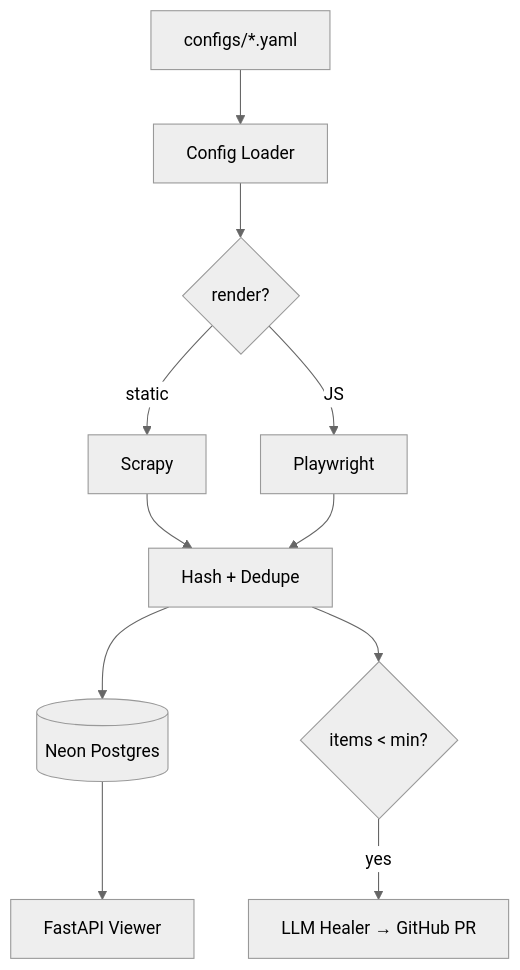
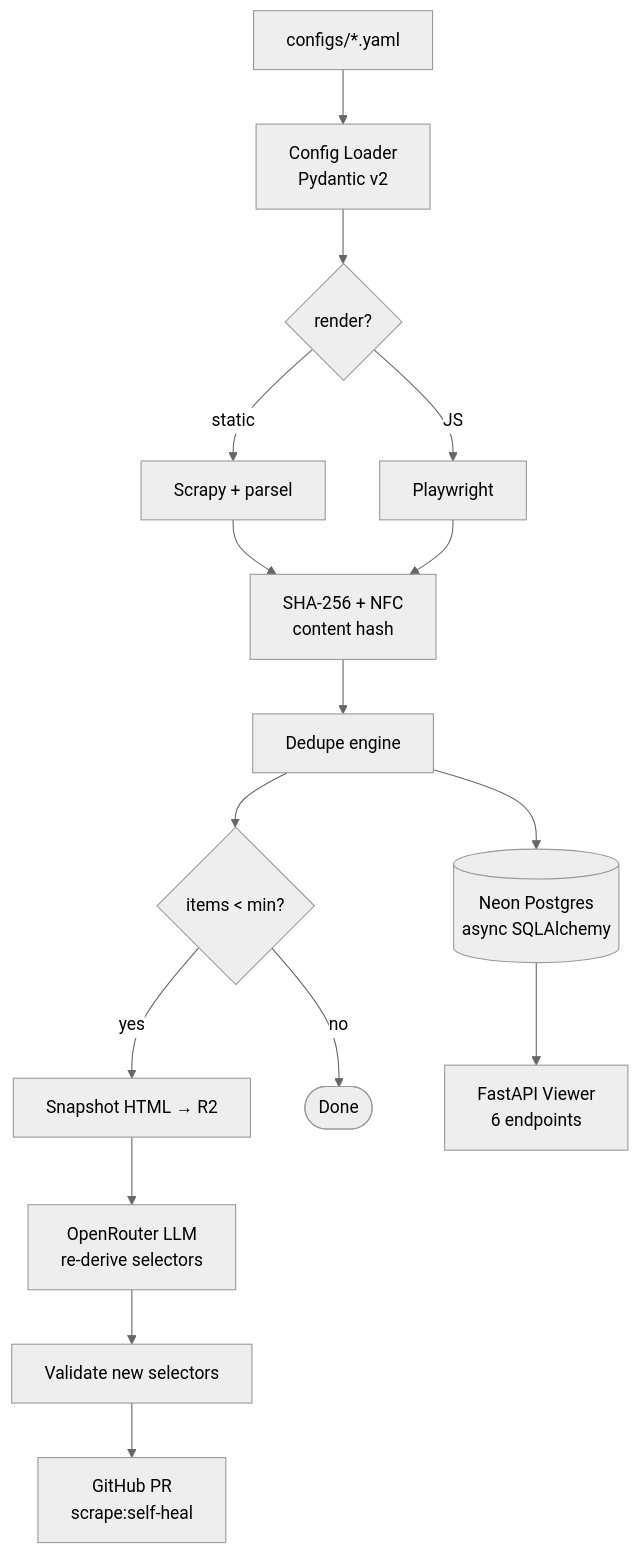
The fourth of 4 diagrams in README.md (Abdul-Muizz1310/magpie-backend), drawn with Mermaid (neutral theme) before and after one commit. The commit also changed other lines of this file and 23 other files, not shown here.

````diff
--- a/README.md
+++ b/README.md
@@ -67,13 +133,18 @@
 ```mermaid
-graph TD
-  YAML["configs/*.yaml"] --> Loader["Config Loader"]
-  Loader --> Factory{"render?"}
-  Factory -- "static" --> Scrapy["Scrapy"]
-  Factory -- "JS" --> PW["Playwright"]
-  Scrapy --> Dedupe["Hash + Dedupe"]
-  PW --> Dedupe
-  Dedupe --> DB[("Neon Postgres")]
-  Dedupe --> Check{"items < min?"}
-  Check -- "yes" --> Healer["LLM Healer → GitHub PR"]
-  DB --> API["FastAPI Viewer"]
+flowchart TD
+    YAML["configs/*.yaml"] --> Loader["Config Loader<br/>Pydantic v2"]
+    Loader --> Factory{"render?"}
+    Factory -- "static" --> Scrapy["Scrapy + parsel"]
+    Factory -- "JS" --> PW["Playwright"]
+    Scrapy --> Hash["SHA-256 + NFC<br/>content hash"]
+    PW --> Hash
+    Hash --> Dedupe["Dedupe engine"]
+    Dedupe --> DB[("Neon Postgres<br/>async SQLAlchemy")]
+    Dedupe --> Check{"items < min?"}
+    Check -- "yes" --> Snapshot["Snapshot HTML → R2"]
+    Snapshot --> LLM["OpenRouter LLM<br/>re-derive selectors"]
+    LLM --> Validate["Validate new selectors"]
+    Validate --> PR["GitHub PR<br/>scrape:self-heal"]
+    Check -- "no" --> Done([Done])
+    DB --> API["FastAPI Viewer<br/>6 endpoints"]
 ```
````
